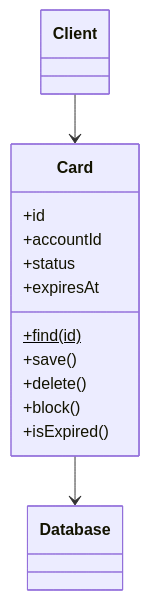
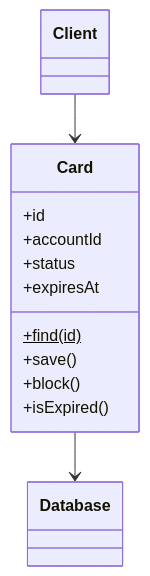
The diagram in docs/design/poeaa/data-source-architectural/active-record.md (alancesar/design-patterns), drawn with Mermaid before and after one commit. The commit also changed other lines of this file and 28 other files, not shown here.

Commit message:
Fix PoEAA review findings: gateway example bug, diagrams aligned with code

````diff
--- a/docs/design/poeaa/data-source-architectural/active-record.md
+++ b/docs/design/poeaa/data-source-architectural/active-record.md
@@ -54,18 +54,17 @@
 ```mermaid
 classDiagram
     class Client
     class Card {
         +id
         +accountId
         +status
         +expiresAt
         +find(id)$
         +save()
-        +delete()
         +block()
         +isExpired()
     }
     class Database
     Client --> Card
     Card --> Database
 ```
````
